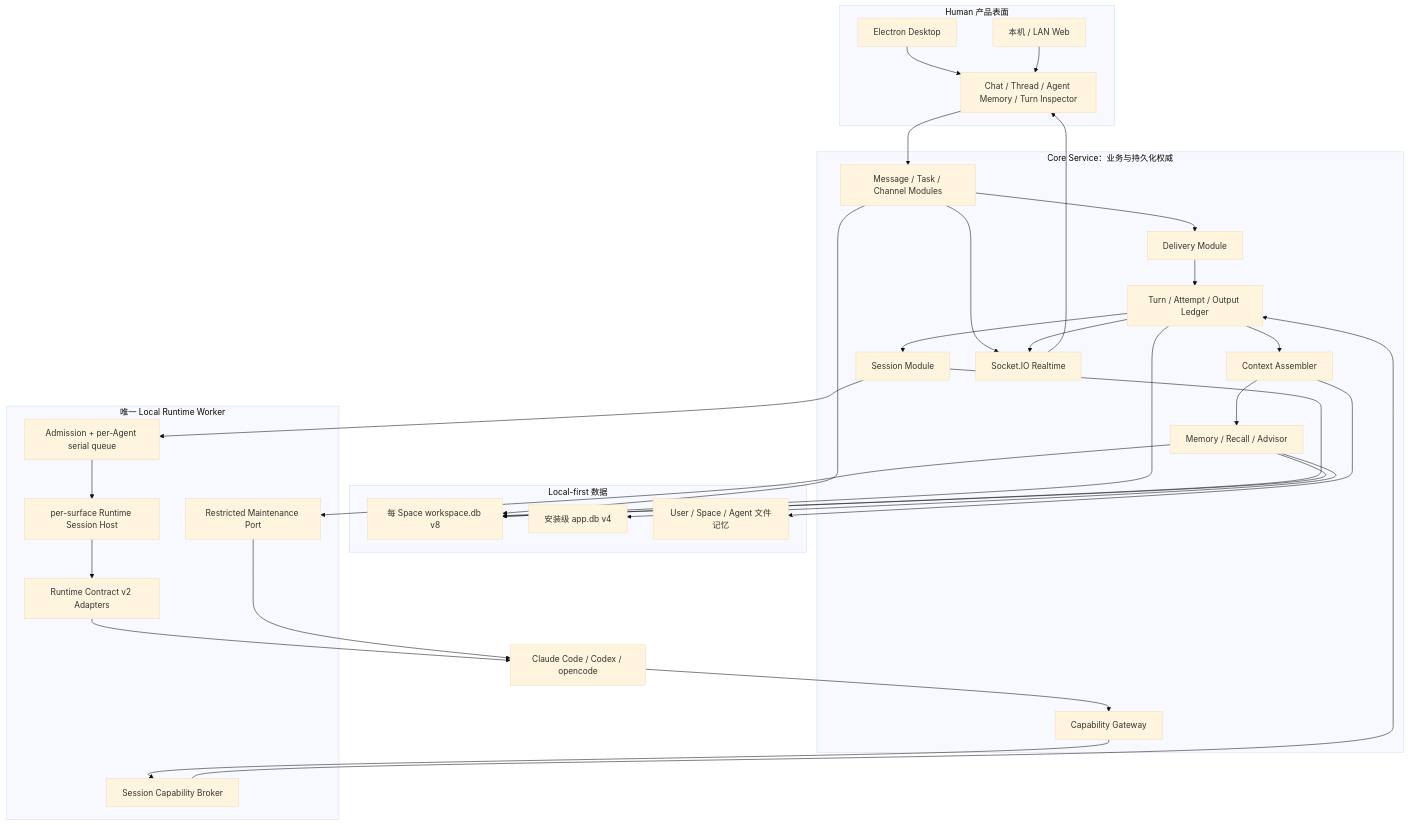
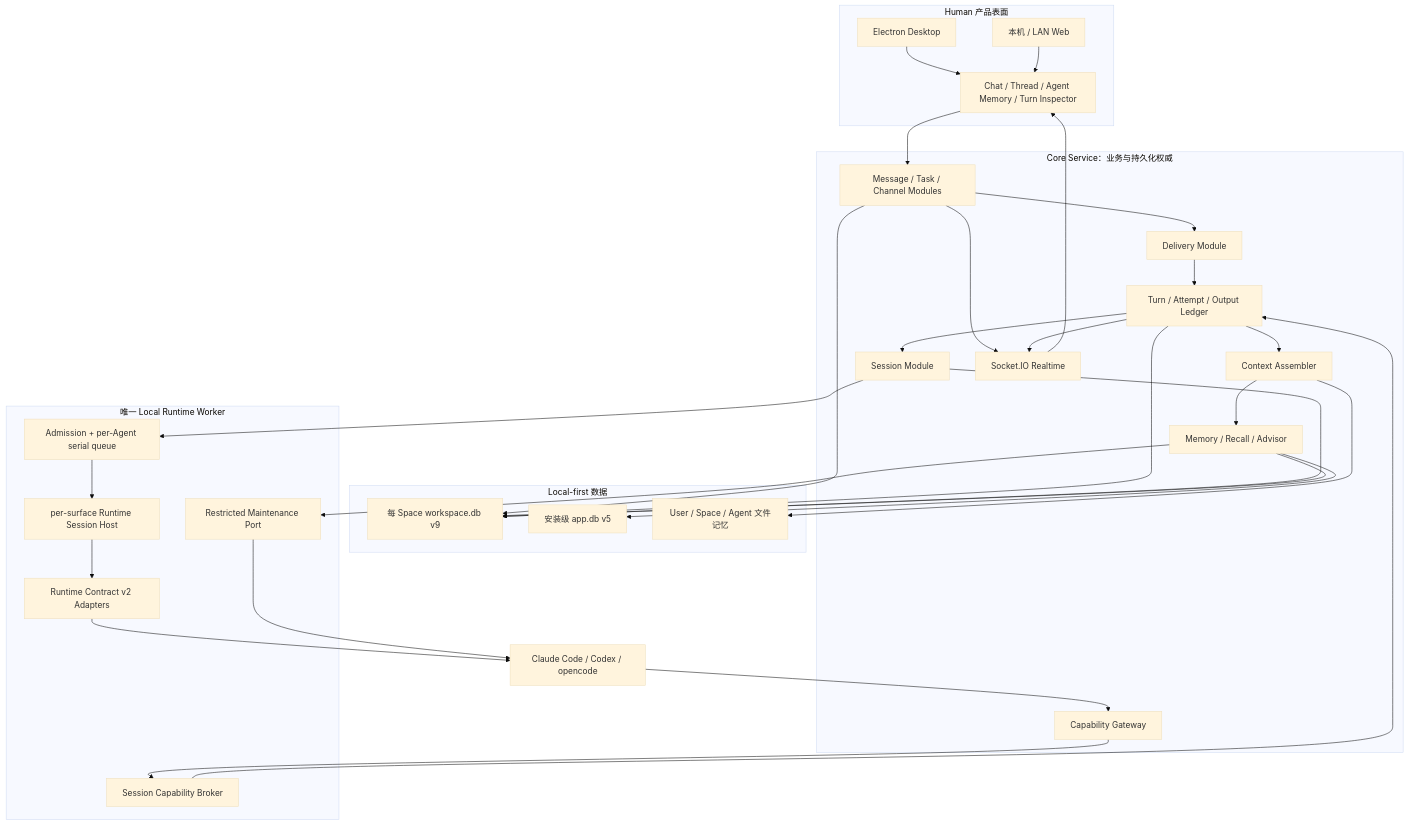
One commit to CKang-J/Kith-space changed the first of 13 diagrams in docs/kith-space/agent-harness-v2-mechanisms.md. Above: the diagram before and after it, drawn with Mermaid (base theme). The commit also changed other lines of this file and 107 other files, not shown here.

````diff
--- a/docs/kith-space/agent-harness-v2-mechanisms.md
+++ b/docs/kith-space/agent-harness-v2-mechanisms.md
@@ -54,62 +54,62 @@
 ```mermaid
 flowchart TB
   subgraph UI["Human 产品表面"]
     Desktop["Electron Desktop"]
     Web["本机 / LAN Web"]
     Chat["Chat / Thread / Agent Memory / Turn Inspector"]
   end
 
   subgraph Core["Core Service：业务与持久化权威"]
     Message["Message / Task / Channel Modules"]
     Delivery["Delivery Module"]
     Turn["Turn / Attempt / Output Ledger"]
     Session["Session Module"]
     Context["Context Assembler"]
     Memory["Memory / Recall / Advisor"]
     Gateway["Capability Gateway"]
     Realtime["Socket.IO Realtime"]
   end
 
   subgraph Data["Local-first 数据"]
-    WorkspaceDB["每 Space workspace.db v8"]
-    AppDB["安装级 app.db v4"]
+    WorkspaceDB["每 Space workspace.db v9"]
+    AppDB["安装级 app.db v5"]
     Files["User / Space / Agent 文件记忆"]
   end
 
   subgraph Worker["唯一 Local Runtime Worker"]
     Scheduler["Admission + per-Agent serial queue"]
     Host["per-surface Runtime Session Host"]
     Broker["Session Capability Broker"]
     Adapter["Runtime Contract v2 Adapters"]
     Maintenance["Restricted Maintenance Port"]
   end
 
   Engines["Claude Code / Codex / opencode"]
 
   Desktop --> Chat
   Web --> Chat
   Chat --> Message
   Message --> Delivery
   Delivery --> Turn
   Turn --> Session
   Turn --> Context
   Context --> Memory
   Message --> WorkspaceDB
   Turn --> WorkspaceDB
   Session --> WorkspaceDB
   Memory --> WorkspaceDB
   Memory --> AppDB
   Context --> Files
   Session --> Scheduler
   Scheduler --> Host
   Host --> Adapter
   Adapter --> Engines
   Engines --> Gateway
   Gateway --> Broker
   Broker --> Turn
   Memory --> Maintenance
   Maintenance --> Engines
   Message --> Realtime
   Turn --> Realtime
   Realtime --> Chat
 ```
````
